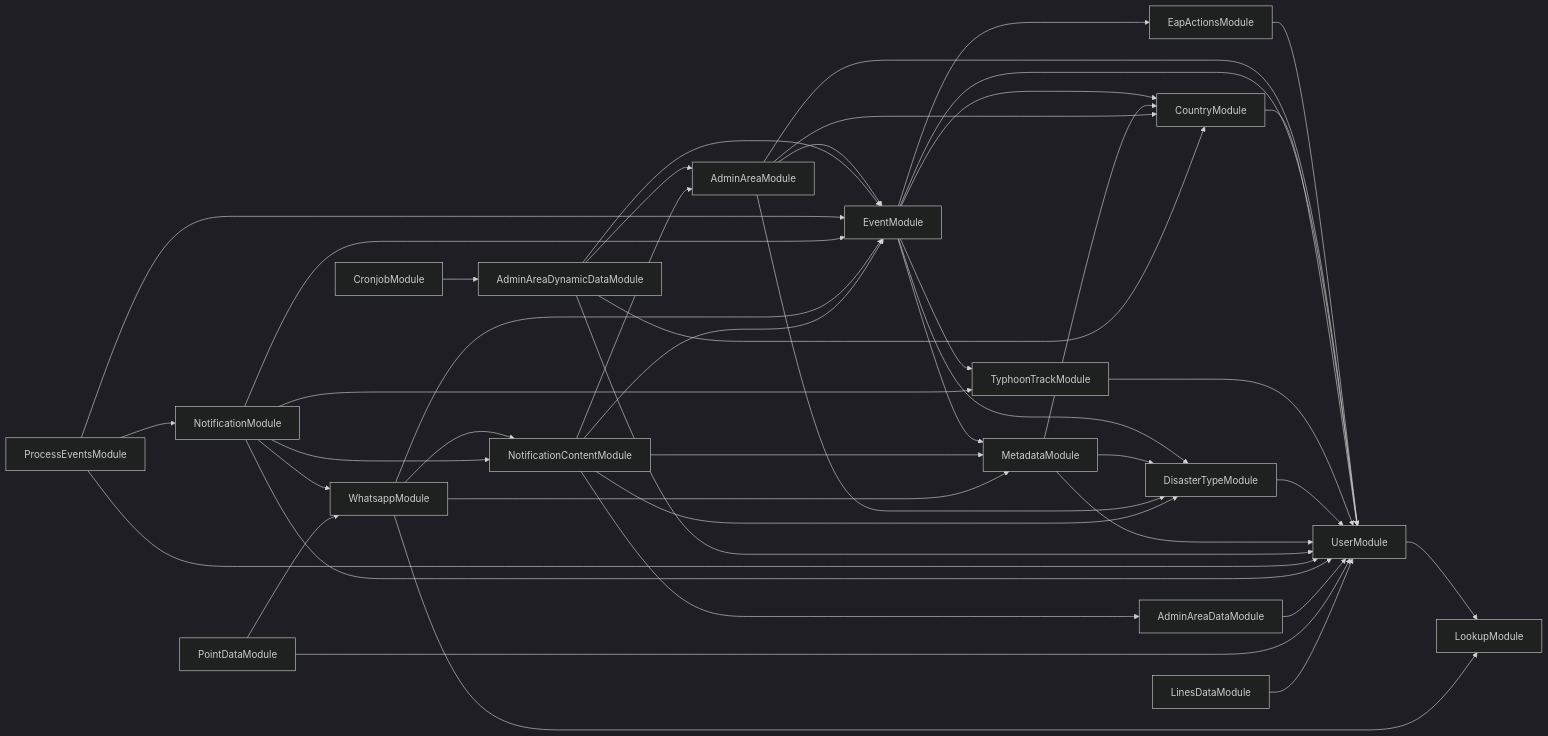
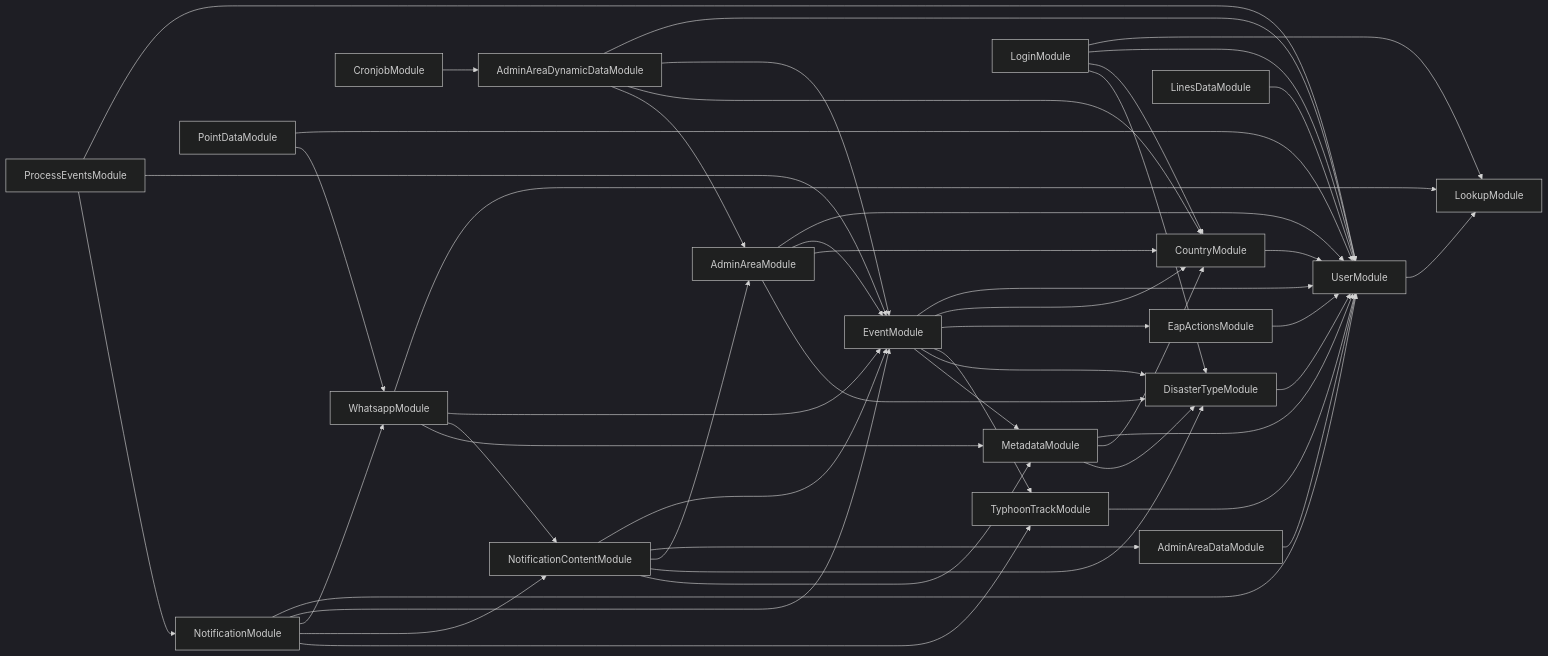
One commit to rodekruis/IBF-system changed the diagram in services/API-service/module-dependencies.md. Above: the diagram before and after it, drawn with Mermaid (dark theme). The commit also changed 25 other files, not shown here.

````diff
--- a/services/API-service/module-dependencies.md
+++ b/services/API-service/module-dependencies.md
@@ -3,47 +3,51 @@
 ```mermaid
 graph LR
   EapActionsModule-->UserModule
   UserModule-->LookupModule
   AdminAreaModule-->UserModule
   AdminAreaModule-->EventModule
   EventModule-->UserModule
   EventModule-->CountryModule
   CountryModule-->UserModule
   EventModule-->EapActionsModule
   EventModule-->TyphoonTrackModule
   TyphoonTrackModule-->UserModule
   EventModule-->DisasterTypeModule
   DisasterTypeModule-->UserModule
   EventModule-->MetadataModule
   MetadataModule-->UserModule
   MetadataModule-->CountryModule
   MetadataModule-->DisasterTypeModule
   AdminAreaModule-->CountryModule
   AdminAreaModule-->DisasterTypeModule
   AdminAreaDynamicDataModule-->UserModule
   AdminAreaDynamicDataModule-->EventModule
   AdminAreaDynamicDataModule-->CountryModule
   AdminAreaDynamicDataModule-->AdminAreaModule
   ProcessEventsModule-->UserModule
   ProcessEventsModule-->EventModule
   ProcessEventsModule-->NotificationModule
   NotificationModule-->UserModule
   NotificationModule-->EventModule
   NotificationModule-->WhatsappModule
   WhatsappModule-->LookupModule
   WhatsappModule-->EventModule
   WhatsappModule-->NotificationContentModule
   NotificationContentModule-->EventModule
   NotificationContentModule-->AdminAreaDataModule
   AdminAreaDataModule-->UserModule
   NotificationContentModule-->AdminAreaModule
   NotificationContentModule-->DisasterTypeModule
   NotificationContentModule-->MetadataModule
   WhatsappModule-->MetadataModule
   NotificationModule-->NotificationContentModule
   NotificationModule-->TyphoonTrackModule
   PointDataModule-->UserModule
   PointDataModule-->WhatsappModule
   LinesDataModule-->UserModule
   CronjobModule-->AdminAreaDynamicDataModule
+  LoginModule-->LookupModule
+  LoginModule-->UserModule
+  LoginModule-->CountryModule
+  LoginModule-->DisasterTypeModule
 ```
````
